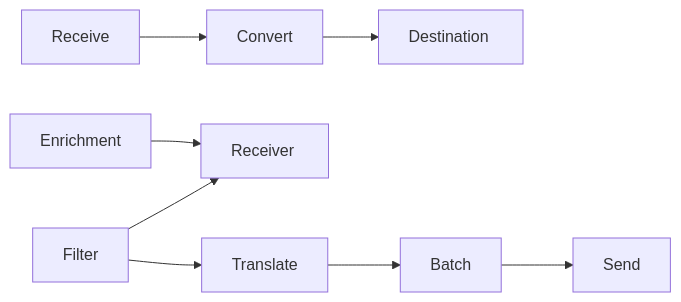
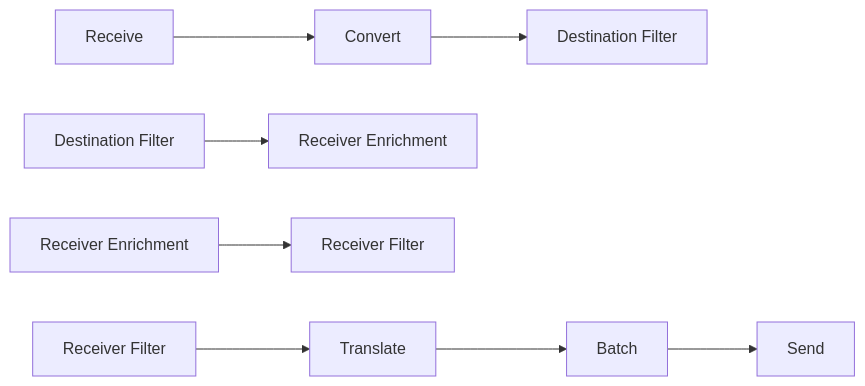
The diagram in prime-router/docs/universal-pipeline/README.md (CDCgov/prime-reportstream), drawn with Mermaid before and after one commit.

Commit message:
[16141] Updating documentation.

````diff
--- a/prime-router/docs/universal-pipeline/README.md
+++ b/prime-router/docs/universal-pipeline/README.md
@@ -18,10 +18,10 @@
 ```mermaid
 flowchart LR;
     Receive-->Convert;
-    Convert-->Destination&nbsp;Filter;
-    Destination&nbsp;Filter-->Receiver&nbsp;Enrichment;
-    Receiver&nbsp;Enrichment-->Receiver&nbsp;Filter;
-    Receiver&nbsp;Filter-->Translate;
+    Convert-->id4[Destination Filter];
+    id5[Destination Filter]-->id6[Receiver Enrichment];
+    id7[Receiver Enrichment]-->id8[Receiver Filter];
+    id9[Receiver Filter]-->Translate;
     Translate-->Batch;
     Batch-->Send;
 ```
````
